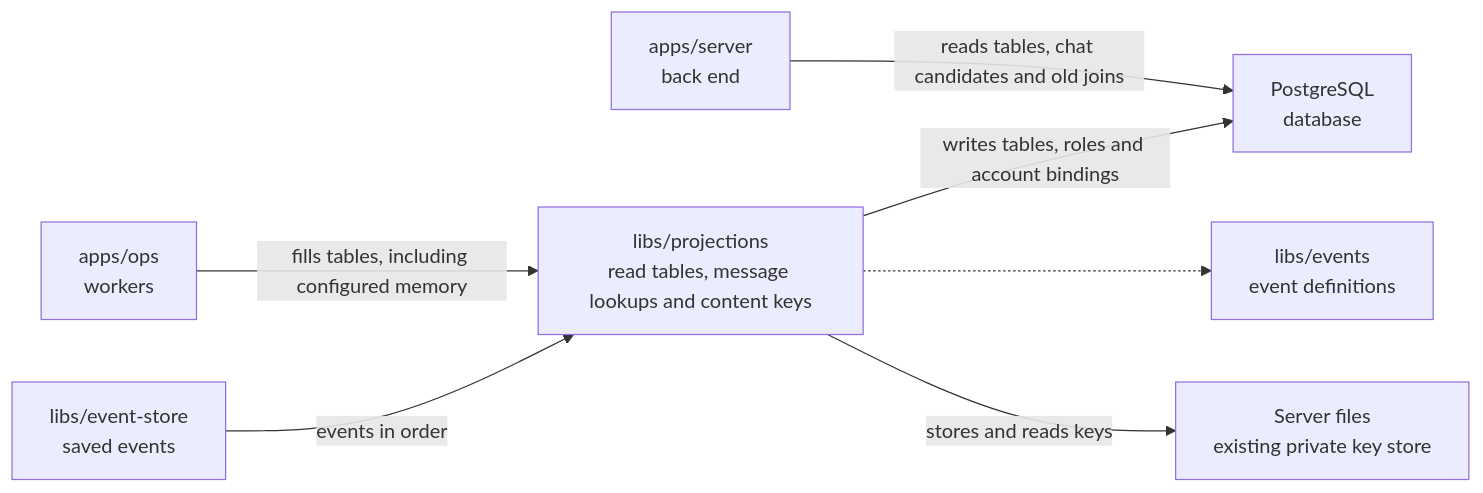
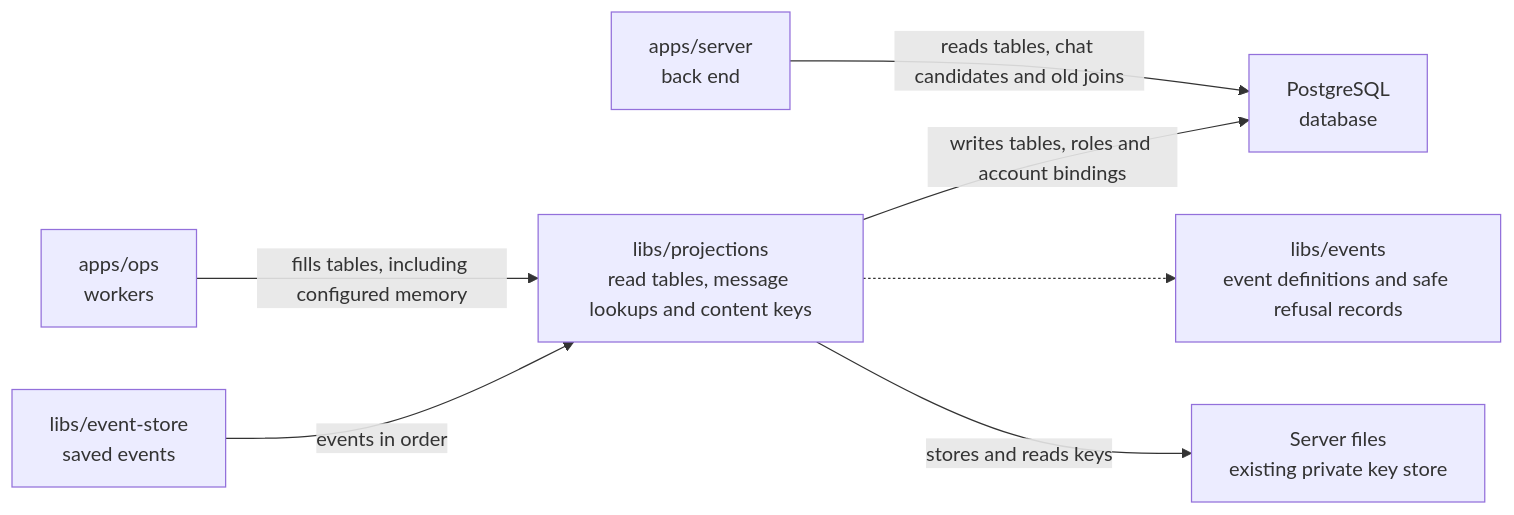
Before and after one commit to elewa-git/opencrane-new: the diagram in libs/projections/README.md, drawn with Mermaid. The commit also changed other lines of this file and 25 other files, not shown here.

````diff
--- a/libs/projections/README.md
+++ b/libs/projections/README.md
@@ -23,9 +23,9 @@
 ```mermaid
 flowchart LR
   ops["apps/ops<br/>workers"] -->|fills tables, including configured memory| projections["libs/projections<br/>read tables, message lookups and content keys"]
   server["apps/server<br/>back end"] -->|reads tables, chat candidates and old joins| pg["PostgreSQL<br/>database"]
   projections -->|writes tables, roles and account bindings| pg
   store["libs/event-store<br/>saved events"] -->|events in order| projections
-  projections -.-> events["libs/events<br/>event definitions"]
+  projections -.-> events["libs/events<br/>event definitions and safe refusal records"]
   projections -->|stores and reads keys| keys["Server files<br/>existing private key store"]
 ```
````
